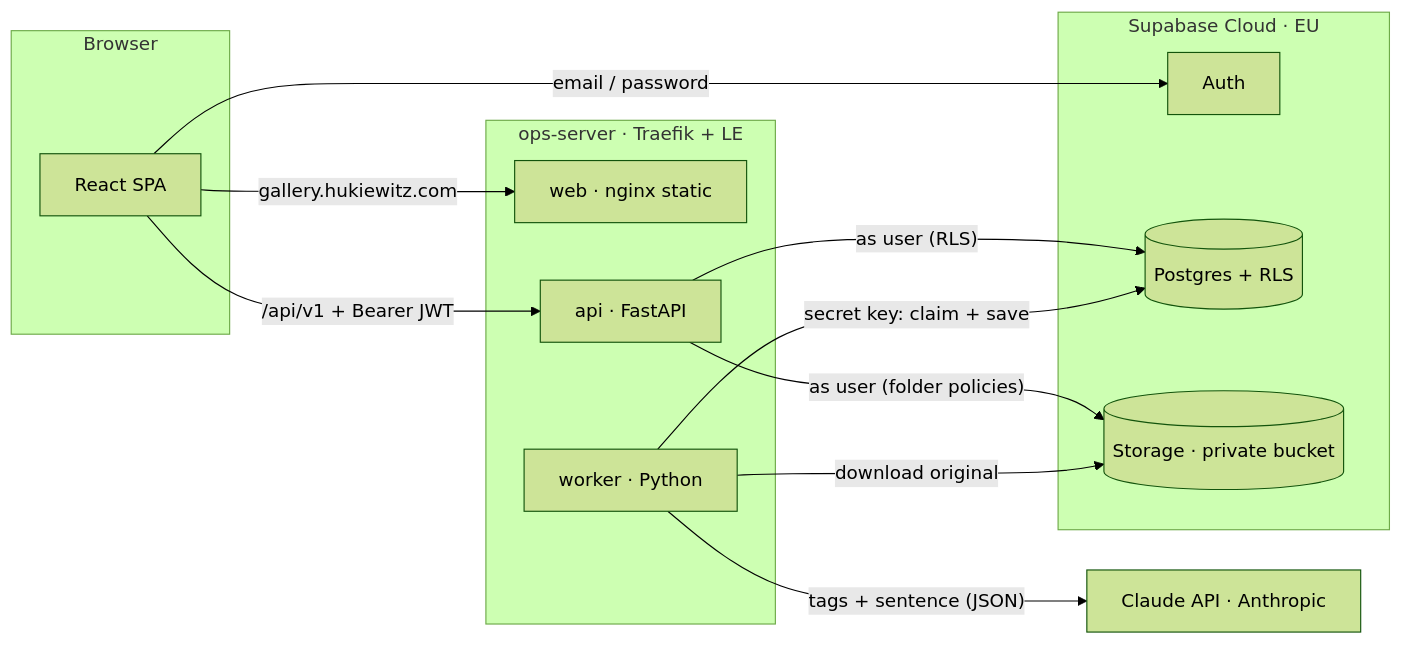
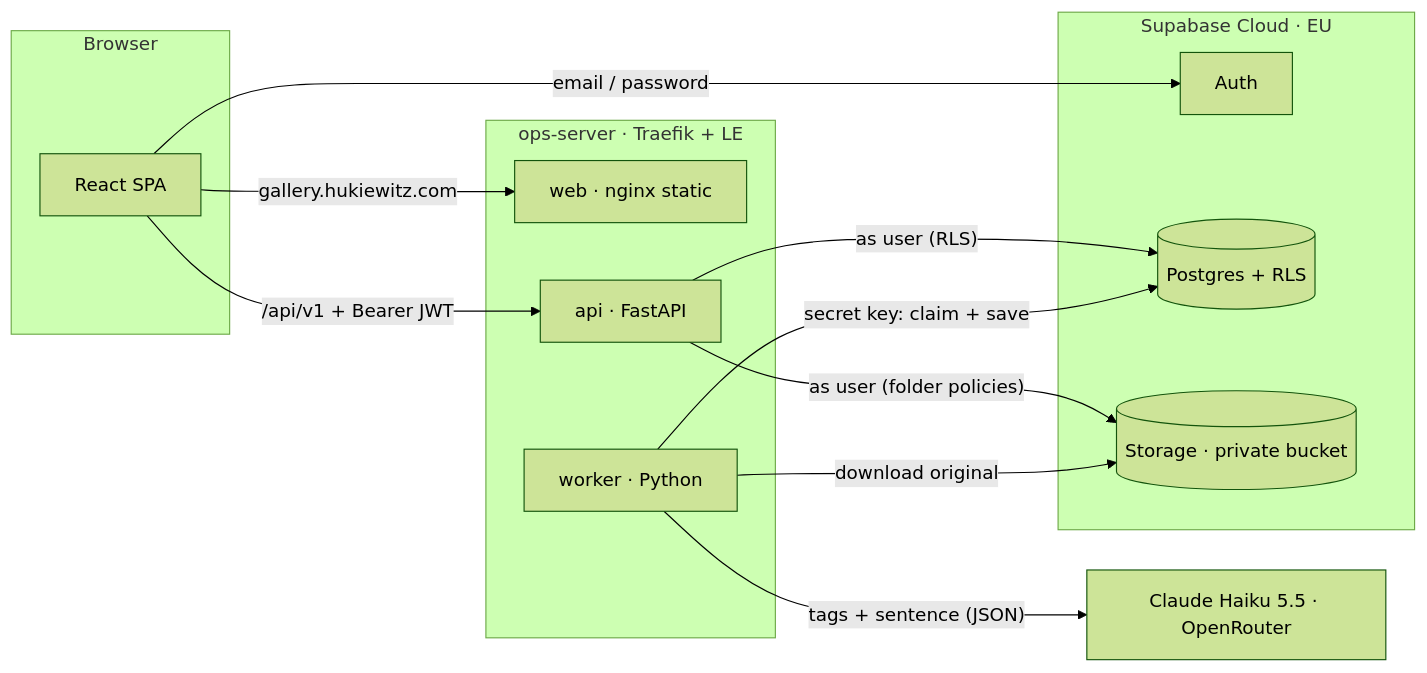
The first of 2 diagrams in docs/architecture.md (MHHukiewitz/ai-image-gallery), drawn with Mermaid (forest theme) before and after one commit. The commit also changed other lines of this file and 7 other files, not shown here.

First line of the commit message:
docs: keep production on Claude Haiku 5.5 through OpenRouter

````diff
--- a/docs/architecture.md
+++ b/docs/architecture.md
@@ -36,26 +36,26 @@
 ```mermaid
 flowchart LR
   subgraph Browser
     SPA[React SPA]
   end
   subgraph VPS["ops-server · Traefik + LE"]
     WEB[web · nginx static]
     API[api · FastAPI]
     WRK[worker · Python]
   end
   subgraph SUPA["Supabase Cloud · EU"]
     AUTH[Auth]
     PG[(Postgres + RLS)]
     ST[(Storage · private bucket)]
   end
-  AIP[Claude API · Anthropic]
+  AIP[Claude Haiku 5.5 · OpenRouter]
 
   SPA -- "gallery.hukiewitz.com" --> WEB
   SPA -- "email / password" --> AUTH
   SPA -- "/api/v1 + Bearer JWT" --> API
   API -- "as user (RLS)" --> PG
   API -- "as user (folder policies)" --> ST
   WRK -- "secret key: claim + save" --> PG
   WRK -- "download original" --> ST
   WRK -- "tags + sentence (JSON)" --> AIP
 ```
````
